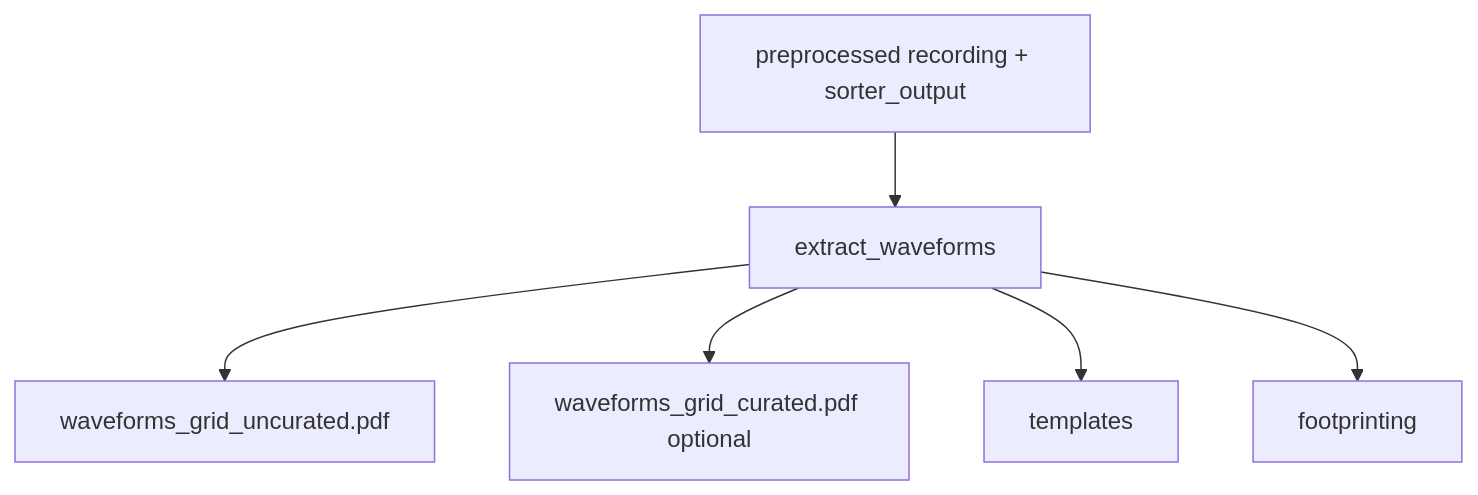
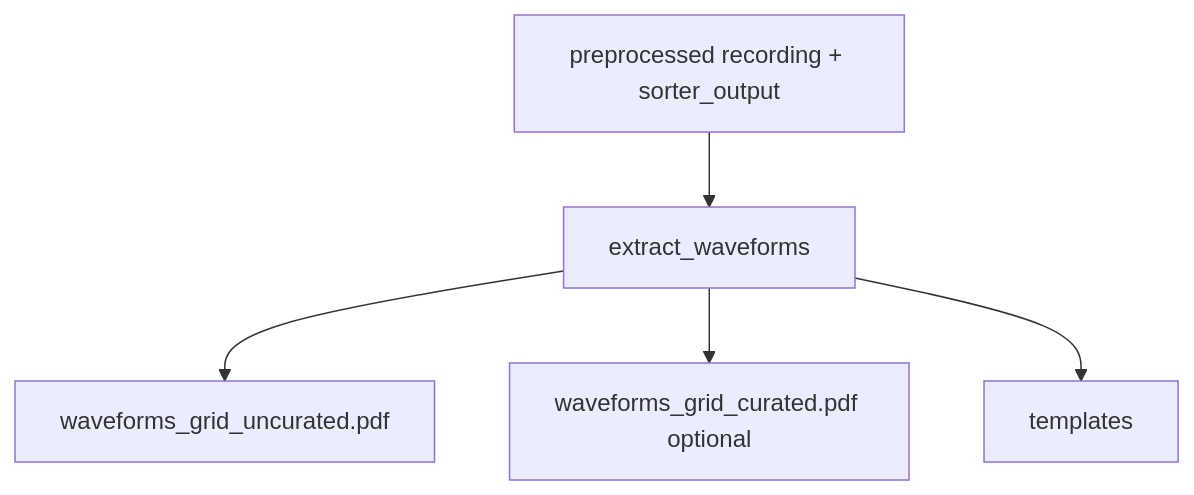
The diagram in docs/diagrams/waveforms.mmd (adamwea/axon_reconstructor), drawn with Mermaid before and after one commit. The commit also changed 40 other files, not shown here.

```diff
--- a/docs/diagrams/waveforms.mmd
+++ b/docs/diagrams/waveforms.mmd
@@ -1,6 +1,5 @@
 flowchart TD
   A[preprocessed recording + sorter_output] --> B[extract_waveforms]
   B --> C[waveforms_grid_uncurated.pdf]
   B --> D[waveforms_grid_curated.pdf optional]
   B --> E[templates]
-  B --> F[footprinting]
```
